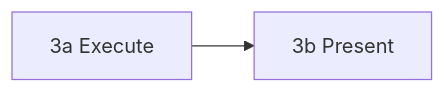
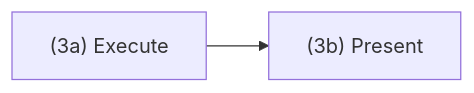
The third of 3 diagrams in README.md (binaryphile/tandem-protocol), drawn with Mermaid before and after one commit. The commit also changed other lines of this file and 4 other files, not shown here.

````diff
--- a/README.md
+++ b/README.md
@@ -149,4 +198,4 @@
 ```mermaid
 flowchart LR
-    A[3a Execute] --> B[3b Present]
+    A["(3a) Execute"] --> B["(3b) Present"]
 ```
````
